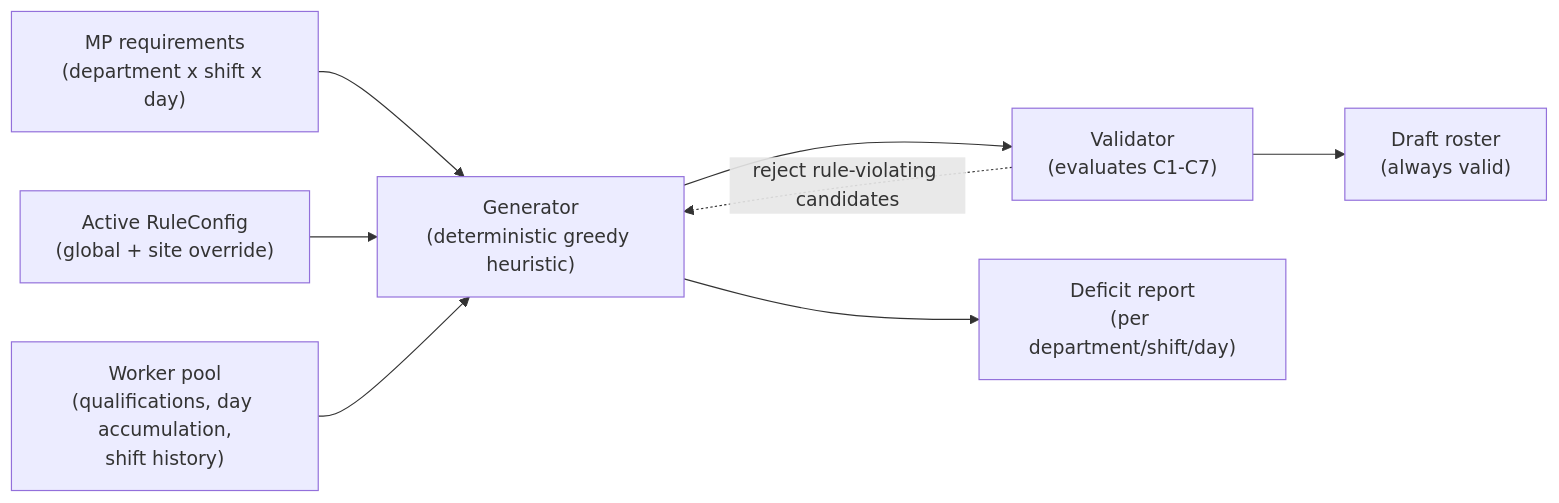
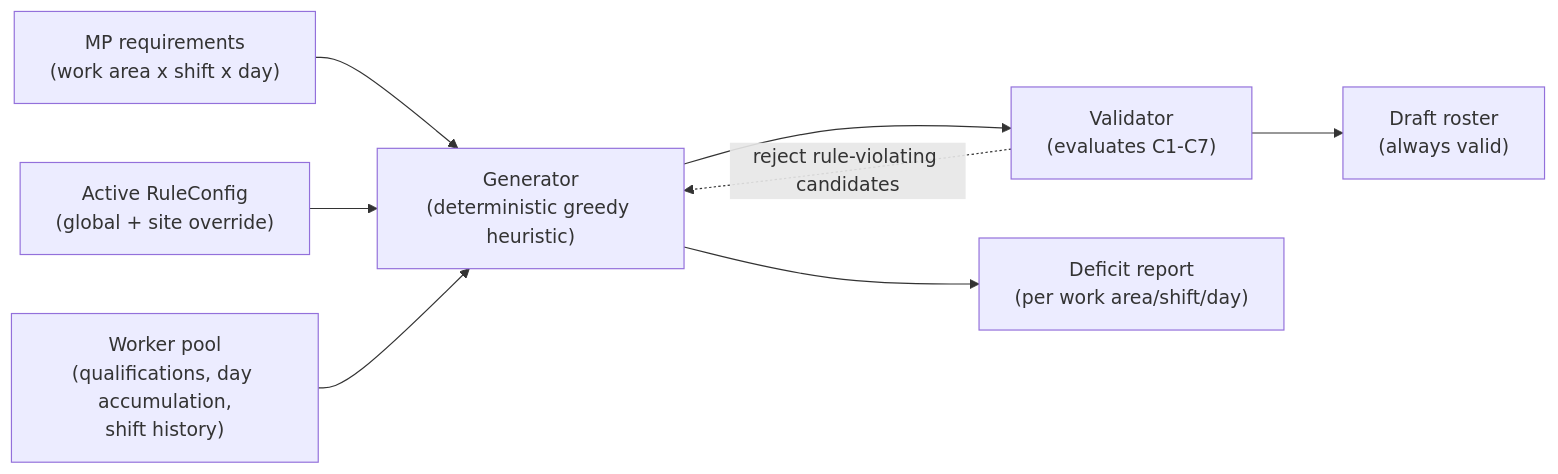
The third of 5 diagrams in docs/architecture.md (XOIntern/Shiftly), drawn with Mermaid before and after one commit. The commit also changed other lines of this file, not shown here.

Commit message:
docs(architecture): record department removal; work area is the grouping unit

````diff
--- a/docs/architecture.md
+++ b/docs/architecture.md
@@ -137,19 +139,19 @@
 ```mermaid
 graph LR
-    REQIN["MP requirements<br/>(department x shift x day)"]
+    REQIN["MP requirements<br/>(work area x shift x day)"]
     CFG["Active RuleConfig<br/>(global + site override)"]
     W["Worker pool<br/>(qualifications, day accumulation,<br/>shift history)"]
 
     GEN["Generator<br/>(deterministic greedy heuristic)"]
     VAL["Validator<br/>(evaluates C1-C7)"]
     DRAFT["Draft roster<br/>(always valid)"]
-    DEF["Deficit report<br/>(per department/shift/day)"]
+    DEF["Deficit report<br/>(per work area/shift/day)"]
 
     REQIN --> GEN
     CFG --> GEN
     W --> GEN
     GEN --> VAL
     VAL --> DRAFT
     GEN --> DEF
     VAL -.->|"reject rule-violating candidates"| GEN
 ```
````
